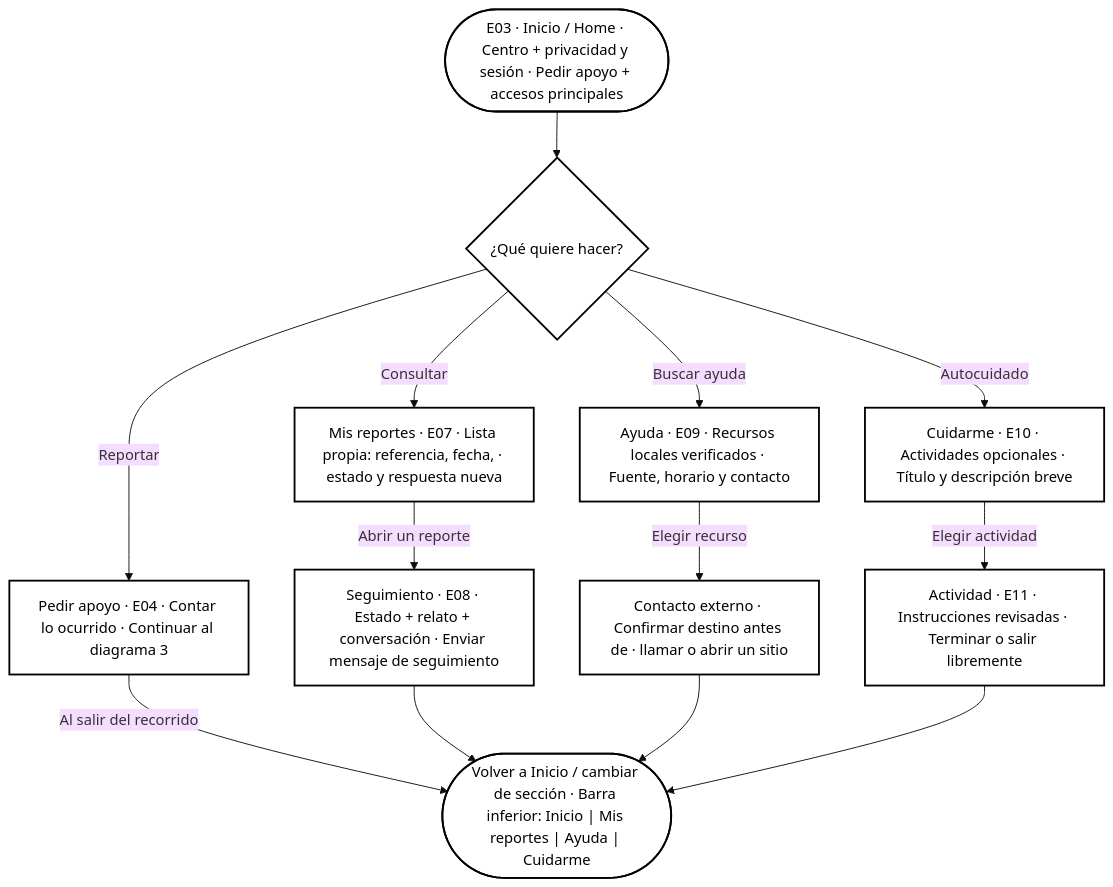
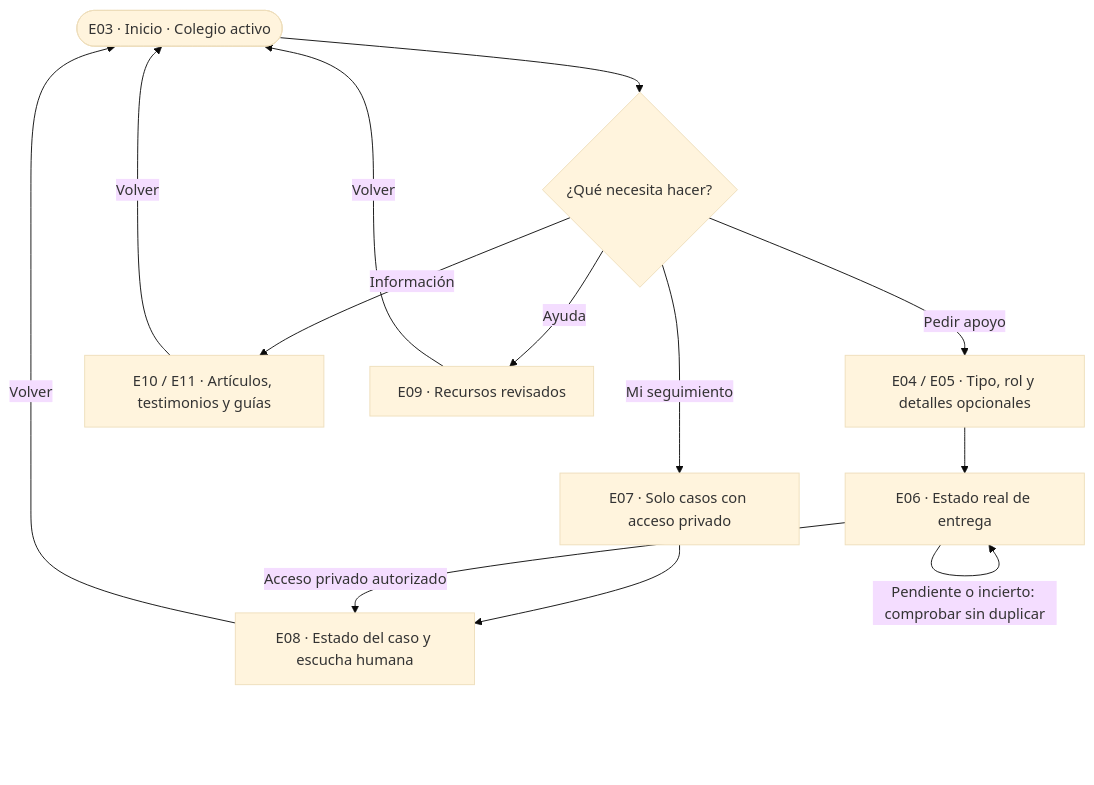
One commit to JaBaca67/Setu-Unicef-Bugnuelitos-UAM changed the diagram in docs/diseno/flujos/02-distribucion.mmd. Above: the diagram before and after it, drawn with Mermaid (base theme). The commit also changed 12 other files, not shown here.

Commit message:
docs: actualizar siete flujos Mermaid y retirar vistas obsoletas

```diff
--- a/docs/diseno/flujos/02-distribucion.mmd
+++ b/docs/diseno/flujos/02-distribucion.mmd
@@ -1,26 +1,13 @@
-%% HISTORICO: acceso y persistencia sustituidos por ADR 0003; actualizar antes de implementar.
 flowchart TD
-    home(["E03 · Inicio / Home · Centro + privacidad y sesión · Pedir apoyo + accesos principales"])
-    choice{"¿Qué quiere hacer?"}
-    report["Pedir apoyo · E04 · Contar lo ocurrido · Continuar al diagrama 3"]
-    reports["Mis reportes · E07 · Lista propia: referencia, fecha, · estado y respuesta nueva"]
-    help["Ayuda · E09 · Recursos locales verificados · Fuente, horario y contacto"]
-    care["Cuidarme · E10 · Actividades opcionales · Título y descripción breve"]
-    detail["Seguimiento · E08 · Estado + relato + conversación · Enviar mensaje de seguimiento"]
-    contact["Contacto externo · Confirmar destino antes de · llamar o abrir un sitio"]
-    activity["Actividad · E11 · Instrucciones revisadas · Terminar o salir libremente"]
-    back(["Volver a Inicio / cambiar de sección · Barra inferior: Inicio | Mis reportes | Ayuda | Cuidarme"])
-    home --> choice
-    choice -->|"Reportar"| report
-    choice -->|"Consultar"| reports
-    choice -->|"Buscar ayuda"| help
-    choice -->|"Autocuidado"| care
-    report -->|"Al salir del recorrido"| back
-    reports -->|"Abrir un reporte"| detail
-    help -->|"Elegir recurso"| contact
-    care -->|"Elegir actividad"| activity
-    detail --> back
-    contact --> back
-    activity --> back
-    classDef plain fill:#fff,stroke:#000,color:#000,stroke-width:2px;
-    class home,choice,report,reports,help,care,detail,contact,activity,back plain;
+    A(["E03 · Inicio · Colegio activo"]) --> B{"¿Qué necesita hacer?"}
+    B -->|"Pedir apoyo"| C["E04 / E05 · Tipo, rol y detalles opcionales"]
+    B -->|"Mi seguimiento"| D["E07 · Solo casos con acceso privado"]
+    B -->|"Información"| E["E10 / E11 · Artículos, testimonios y guías"]
+    B -->|"Ayuda"| F["E09 · Recursos revisados"]
+    C --> G["E06 · Estado real de entrega"]
+    D --> H["E08 · Estado del caso y escucha humana"]
+    G -->|"Acceso privado autorizado"| H
+    E -->|"Volver"| A
+    F -->|"Volver"| A
+    H -->|"Volver"| A
+    G -->|"Pendiente o incierto: comprobar sin duplicar"| G
```
